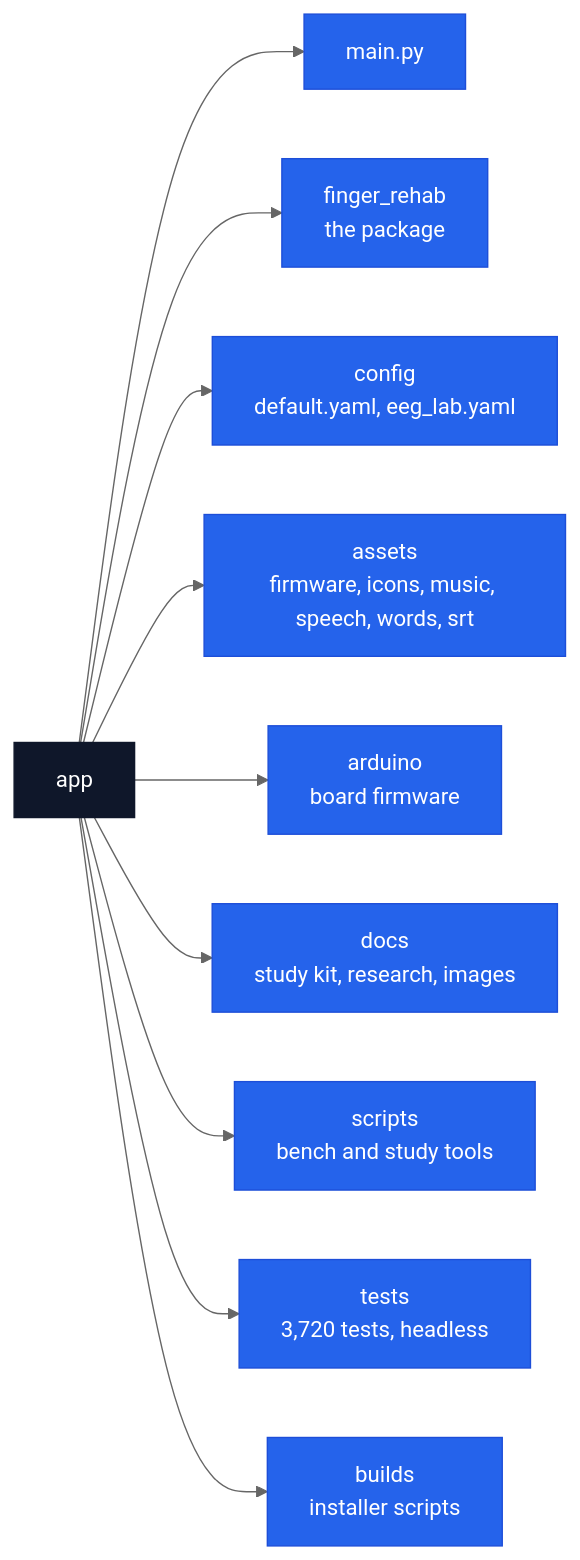
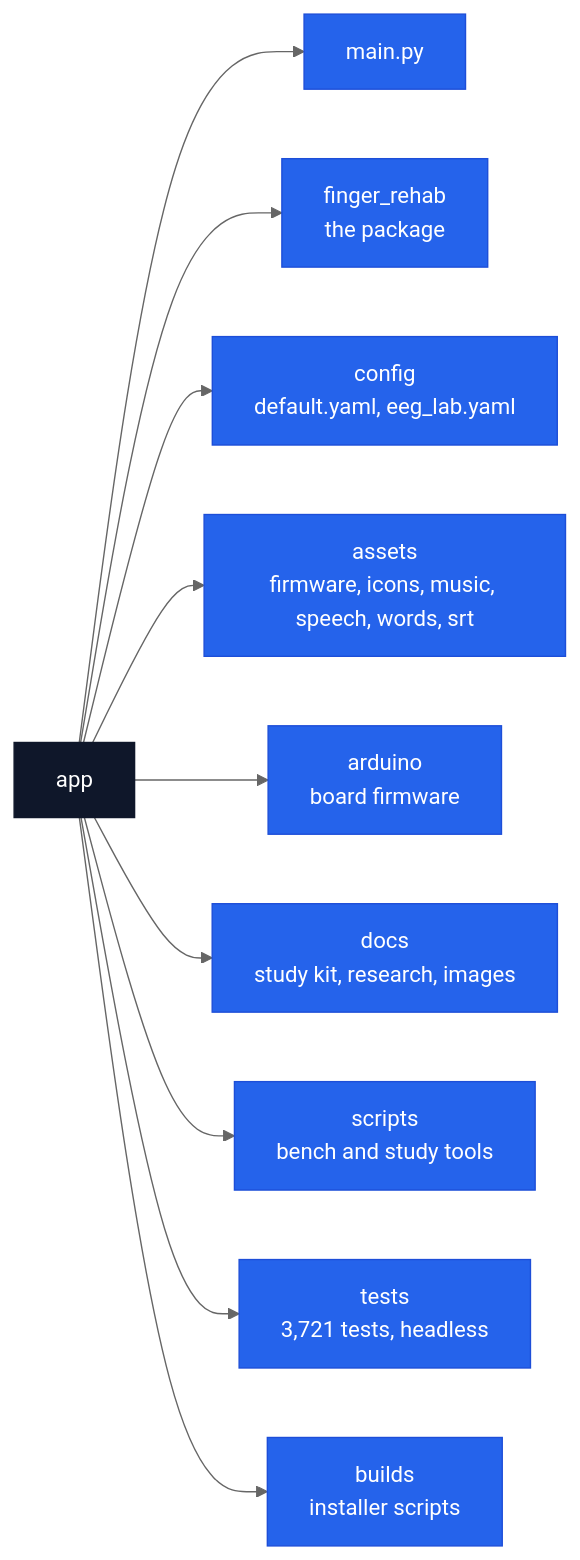
The diagram in app/README.md (basil2fxs/Hand-Rehab-Thesis), drawn with Mermaid (neutral theme) before and after one commit. The commit also changed 1 other file, not shown here.

Commit message:
Auto-save 2026-09-28 13:15 AWST

````diff
--- a/app/README.md
+++ b/app/README.md
@@ -5,15 +5,15 @@
 ```mermaid
 flowchart LR
   A["app"]:::root
   A --> M["main.py"]:::top
   A --> F["finger_rehab<br>the package"]:::top
   A --> C["config<br>default.yaml, eeg_lab.yaml"]:::top
   A --> S["assets<br>firmware, icons, music, speech, words, srt"]:::top
   A --> R["arduino<br>board firmware"]:::top
   A --> D["docs<br>study kit, research, images"]:::top
   A --> P["scripts<br>bench and study tools"]:::top
-  A --> T["tests<br>3,720 tests, headless"]:::top
+  A --> T["tests<br>3,721 tests, headless"]:::top
   A --> B["builds<br>installer scripts"]:::top
   classDef root fill:#0f172a,color:#fff,stroke:#0f172a
   classDef top fill:#2563eb,color:#fff,stroke:#1d4ed8
 ```
````
